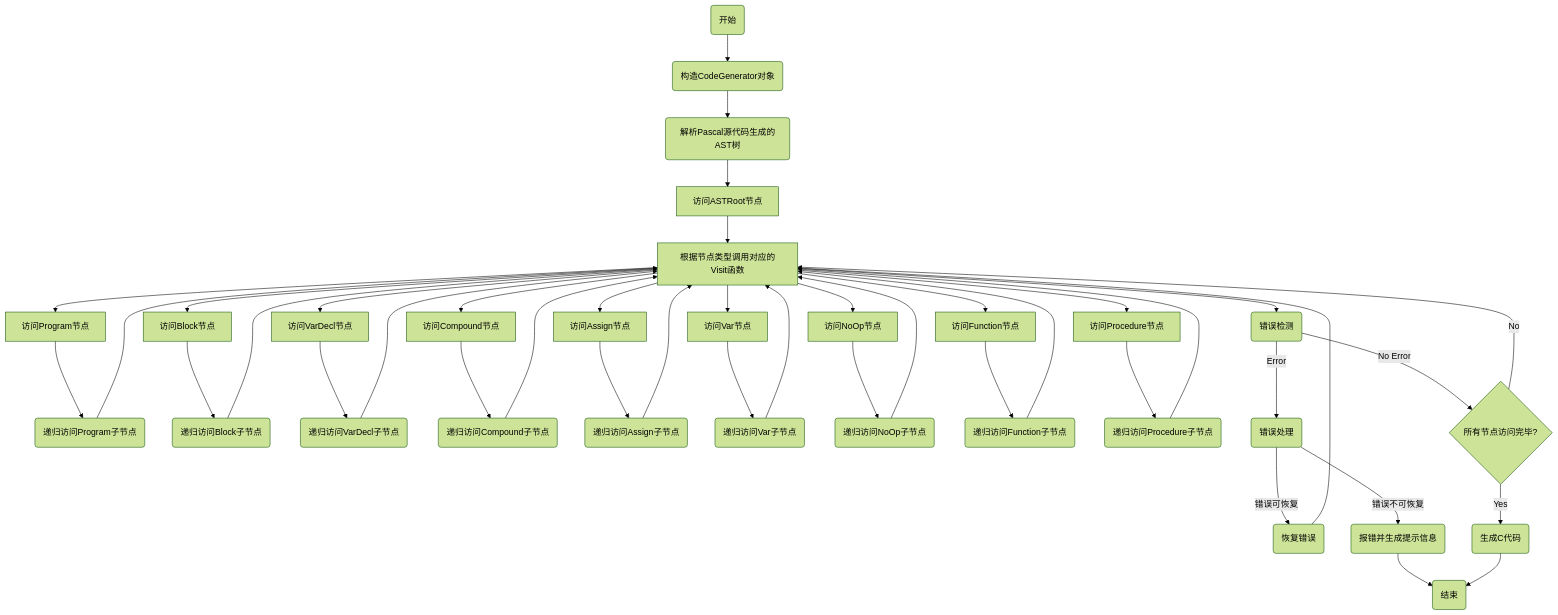
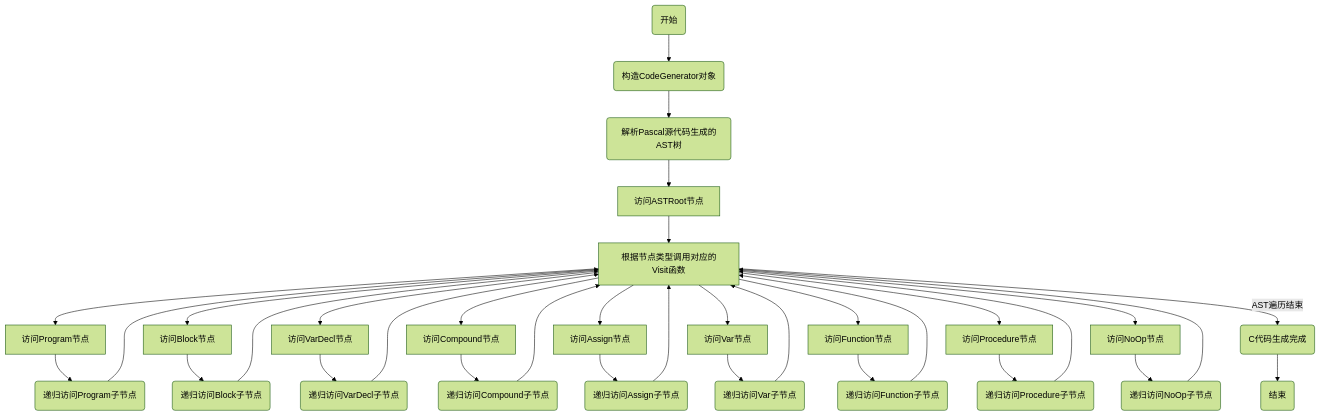
Before and after one commit to XieWeikai/Pascal2C: the second of 2 diagrams in doc/design.md, drawn with Mermaid (forest theme). The commit also changed other lines of this file, not shown here.

````diff
--- a/doc/design.md
+++ b/doc/design.md
@@ -2675,44 +3060,36 @@
 ```mermaid
 graph TD
   A(开始) --> C(构造CodeGenerator对象)
   C --> D(解析Pascal源代码生成的AST树)
   D --> E[访问ASTRoot节点]
   E --> F[根据节点类型调用对应的Visit函数]
   F --> G[访问Program节点]
   F --> H[访问Block节点]
   F --> I[访问VarDecl节点]
   F --> J[访问Compound节点]
   F --> K[访问Assign节点]
   F --> L[访问Var节点]
   F --> AA[访问Function节点]
   F --> AB[访问Procedure节点]
   F --> M[访问NoOp节点]
   G --> N(递归访问Program子节点)
   H --> O(递归访问Block子节点)
   I --> P(递归访问VarDecl子节点)
   J --> Q(递归访问Compound子节点)
   K --> R(递归访问Assign子节点)
   L --> S(递归访问Var子节点)
   M --> T(递归访问NoOp子节点)
   AA --> AC(递归访问Function子节点)
   AB --> AD(递归访问Procedure子节点)
   N --> F
   O --> F
   P --> F
   Q --> F
   R --> F
   S --> F
   T --> F
   AC --> F
   AD --> F
-  F --> X(错误检测)
-  X -- No Error --> Y{所有节点访问完毕?}
-  X -- Error --> Z(错误处理)
-  Z -- 错误可恢复 --> Z1(恢复错误)
-  Z1 --> F
-  Z -- 错误不可恢复 --> Y1(报错并生成提示信息)
-  Y1 --> W
-  Y -- Yes --> V(生成C代码)
+  F -- AST遍历结束 --> V(C代码生成完成)
   V --> W(结束)
-  Y -- No --> F
 ```
````
